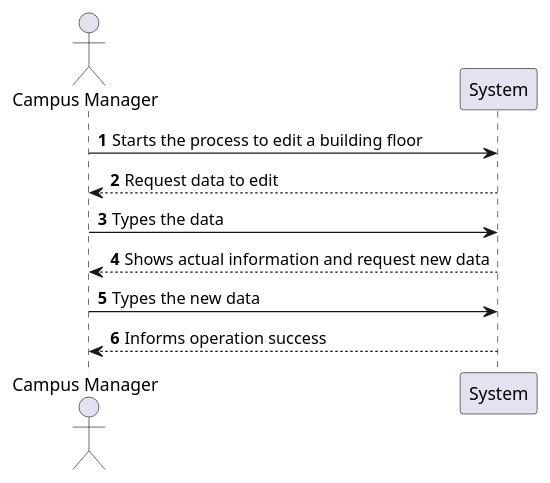
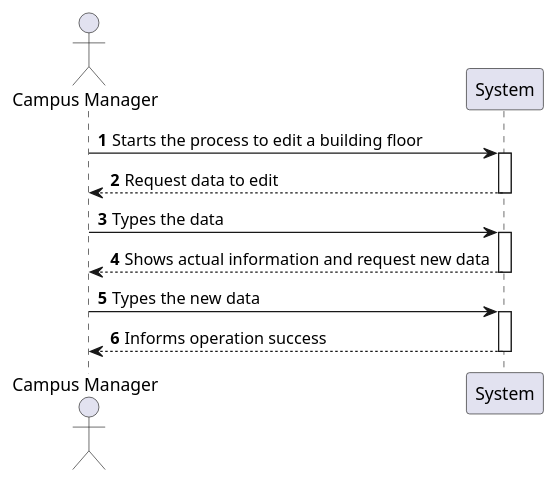
Before and after one commit to Pedro-Pereira1/sem5pi_23_24_g056_Visualization: the diagram in Visualization/docs/US_1110/Diagrams/Level1/ProcessView.puml, drawn with PlantUML. The commit also changed 1 other file, not shown here.

```diff
--- a/Visualization/docs/US_1110/Diagrams/Level1/ProcessView.puml
+++ b/Visualization/docs/US_1110/Diagrams/Level1/ProcessView.puml
@@ -1,15 +1,20 @@
 @startuml
 'https://plantuml.com/sequence-diagram
 
 autonumber
 actor "Campus Manager" as CM
 
 CM -> System: Starts the process to edit a building floor
+activate System
 System --> CM: Request data to edit
+deactivate System
 CM -> System: Types the data
+activate System
 CM <-- System: Shows actual information and request new data
+deactivate System
 CM -> System: Types the new data
+activate System
 CM <-- System: Informs operation success
-
+deactivate System
 
 @enduml
```
